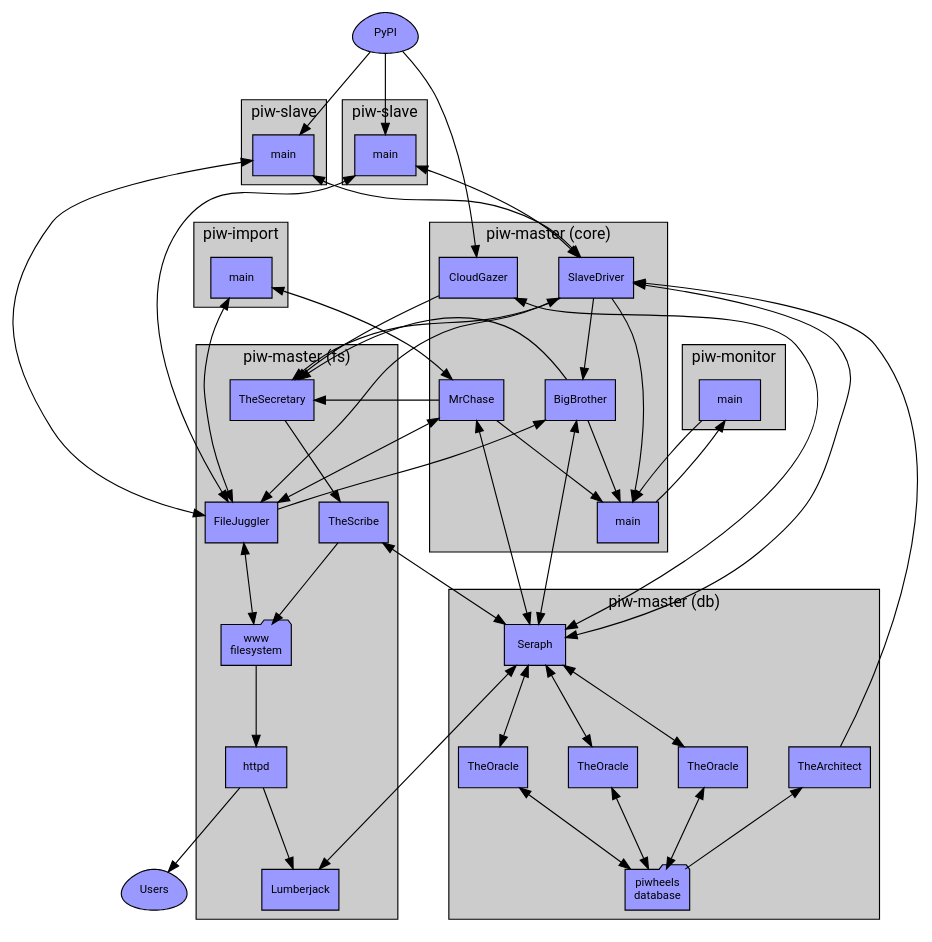
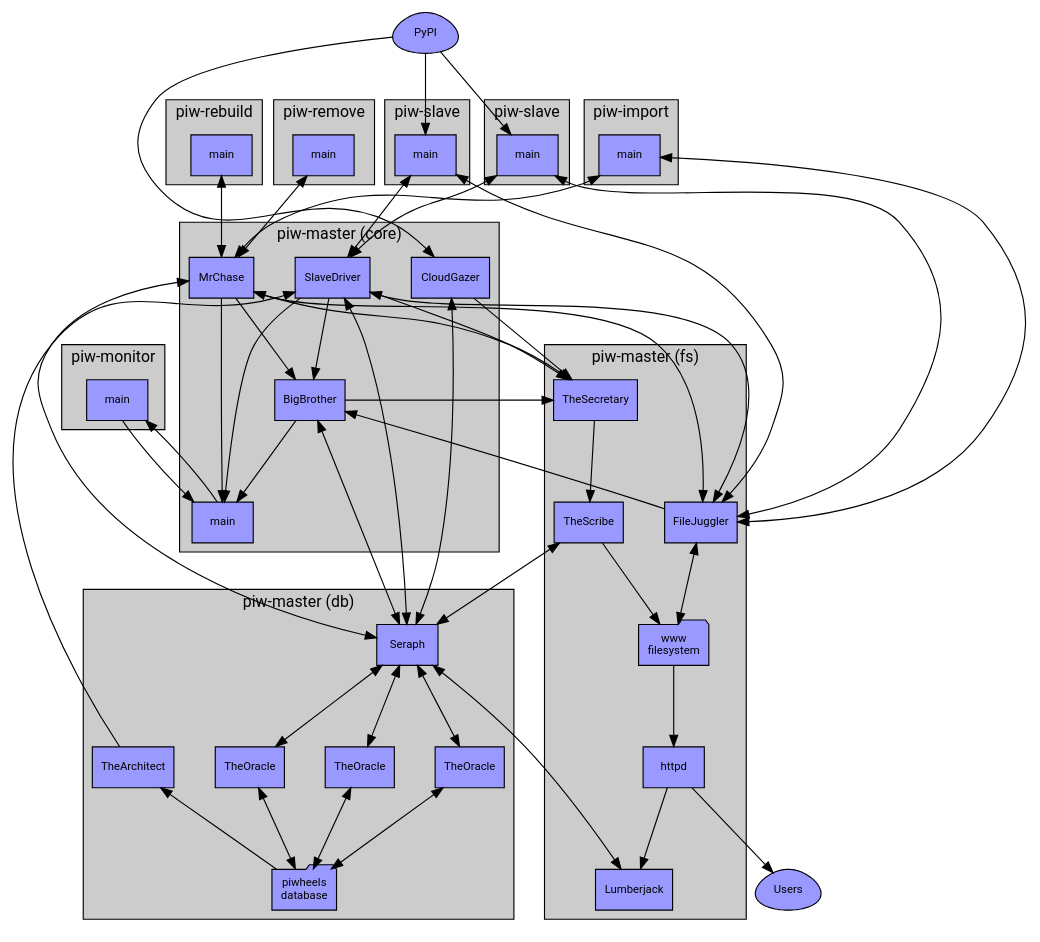
The diagram in docs/images/master_arch.dot (piwheels/piwheels), drawn with Graphviz before and after one commit. The commit also changed 11 other files, not shown here.

First line of the commit message:
Add piw-rebuild tool

```diff
--- a/docs/images/master_arch.dot
+++ b/docs/images/master_arch.dot
@@ -1,108 +1,121 @@
 digraph piwheels {
     graph [nodesep=0.5, ranksep=1, style=filled, fontname=Roboto, fontsize=14, fillcolor="#cccccc"];
     node [shape=rect, fontname=Roboto, fontsize=10, style=filled, fillcolor="#9999ff", penwidth=1];
     edge [fontname=Sans, fontsize=8];
 
     PyPI [label="PyPI", shape=egg];
     Users [label="Users", shape=egg];
 
     subgraph cluster_db_server {
         graph [label="piw-master (db)"];
 
         TheOracle1 [label="TheOracle"];
         TheOracle2 [label="TheOracle"];
         TheOracle3 [label="TheOracle"];
         TheArchitect;
         Seraph;
         db [label="piwheels\ndatabase", shape=folder];
 
         Seraph->TheOracle1 [dir=both];
         Seraph->TheOracle2 [dir=both];
         Seraph->TheOracle3 [dir=both];
         TheOracle1->db [dir=both];
         TheOracle2->db [dir=both];
         TheOracle3->db [dir=both];
         TheArchitect->db [dir=back];
     }
 
     subgraph cluster_file_server {
         graph [label="piw-master (fs)"];
 
         TheSecretary;
         TheScribe;
         FileJuggler;
         Lumberjack;
         fs [label="www\nfilesystem", shape=folder];
         httpd;
 
         TheSecretary->TheScribe;
         TheScribe->fs;
         FileJuggler->fs [dir=both];
         fs->httpd;
         httpd->Lumberjack;
     }
 
     subgraph cluster_master {
         graph [label="piw-master (core)"];
 
         CloudGazer;
         main;
         MrChase;
         SlaveDriver;
         BigBrother;
 
         BigBrother->main;
         SlaveDriver->main;
         MrChase->main;
         MrChase->TheSecretary;
     }
 
     subgraph cluster_monitor {
         graph [label="piw-monitor"];
         monitor [label="main"];
     }
 
     subgraph cluster_slave1 {
         graph [label="piw-slave"];
         Slave1 [label="main"];
     }
 
     subgraph cluster_slave2 {
         graph [label="piw-slave"];
         Slave2 [label="main"];
     }
 
     subgraph cluster_import {
         graph [label="piw-import"];
         Importer [label="main"];
     }
 
+    subgraph cluster_rebuild {
+        graph [label="piw-rebuild"];
+        Rebuild [label="main"];
+    }
+
+    subgraph cluster_remove {
+        graph [label="piw-remove"];
+        Remove [label="main"];
+    }
+
 
     PyPI->CloudGazer;
     PyPI->Slave1;
     PyPI->Slave2;
     Slave1->SlaveDriver [dir=both];
     Slave2->SlaveDriver [dir=both];
     Slave1->FileJuggler [dir=both];
     Slave2->FileJuggler [dir=both];
     Importer->MrChase [dir=both];
     Importer->FileJuggler [dir=both];
+    Rebuild->MrChase [dir=both];
+    Remove->MrChase [dir=both];
     main->monitor;
     monitor->main;
 
     CloudGazer->Seraph [dir=both];
     CloudGazer->TheSecretary;
     BigBrother->TheSecretary;
     SlaveDriver->TheSecretary;
     SlaveDriver->BigBrother;
     FileJuggler->BigBrother;
     TheScribe->Seraph [dir=both];
     BigBrother->Seraph [dir=both];
     SlaveDriver->FileJuggler [dir=both];
     SlaveDriver->Seraph [dir=both];
     TheArchitect->SlaveDriver;
     MrChase->FileJuggler [dir=both];
     MrChase->Seraph [dir=both];
+    MrChase->BigBrother;
     Lumberjack->Seraph [dir=both];
     httpd->Users;
 }
```
